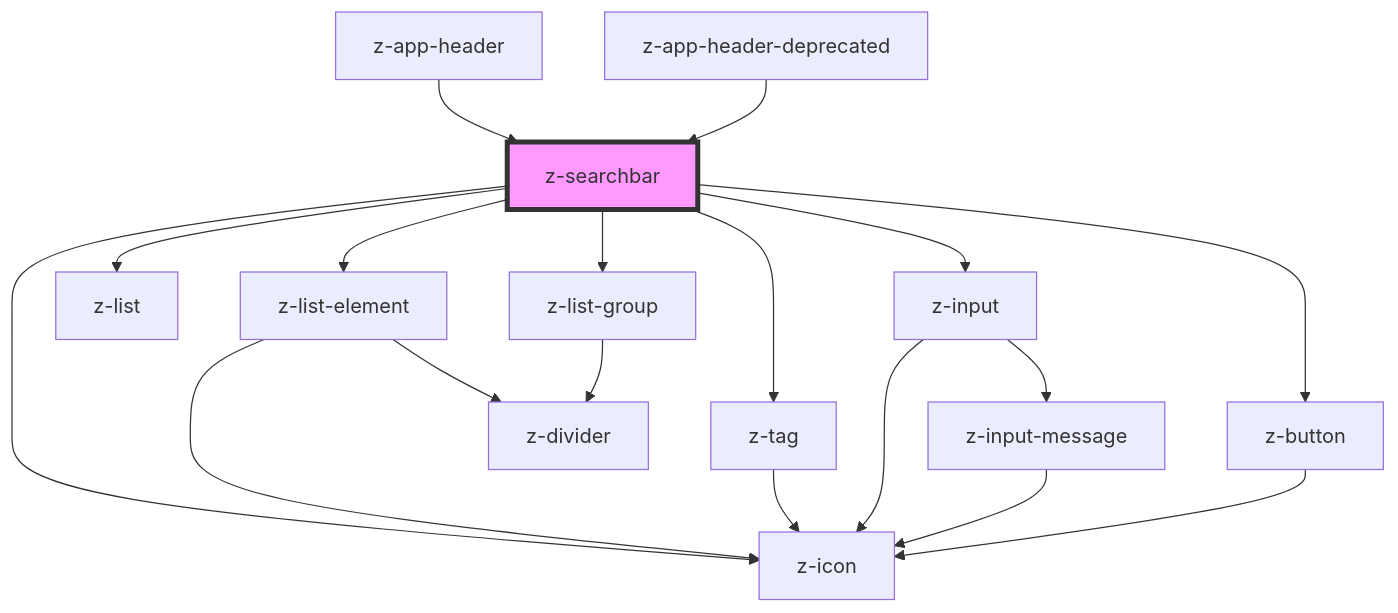
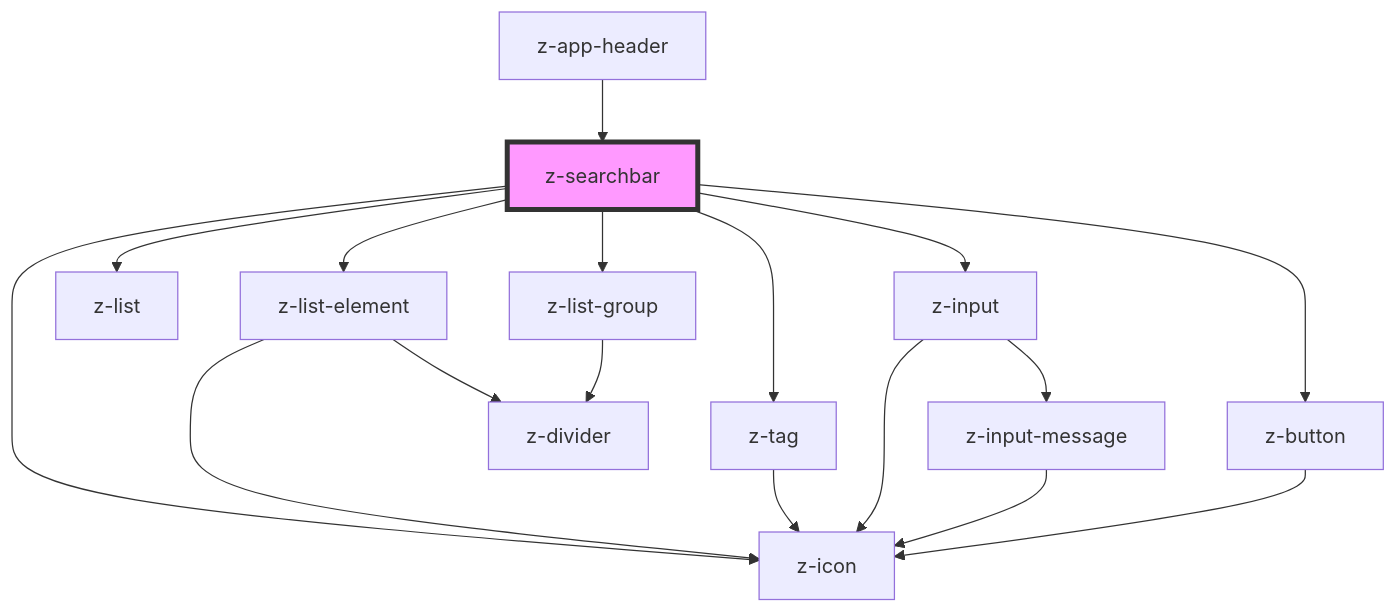
One commit to ZanichelliEditore/design-system changed the diagram in src/components/z-searchbar/readme.md. Above: the diagram before and after it, drawn with Mermaid. The commit also changed other lines of this file and 119 other files, not shown here.

````diff
--- a/src/components/z-searchbar/readme.md
+++ b/src/components/z-searchbar/readme.md
@@ -67,21 +66,20 @@
 ```mermaid
 graph TD;
   z-searchbar --> z-list-element
   z-searchbar --> z-icon
   z-searchbar --> z-tag
   z-searchbar --> z-list
   z-searchbar --> z-list-group
   z-searchbar --> z-input
   z-searchbar --> z-button
   z-list-element --> z-icon
   z-list-element --> z-divider
   z-tag --> z-icon
   z-list-group --> z-divider
   z-input --> z-icon
   z-input --> z-input-message
   z-input-message --> z-icon
   z-button --> z-icon
   z-app-header --> z-searchbar
-  z-app-header-deprecated --> z-searchbar
   style z-searchbar fill:#f9f,stroke:#333,stroke-width:4px
 ```
````
